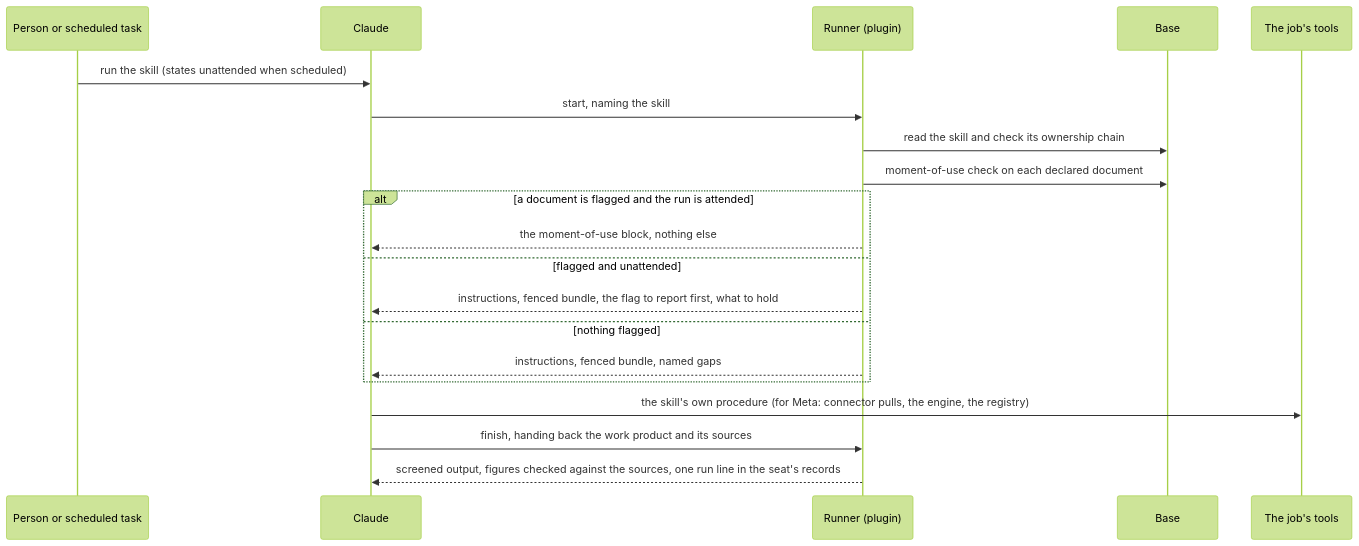
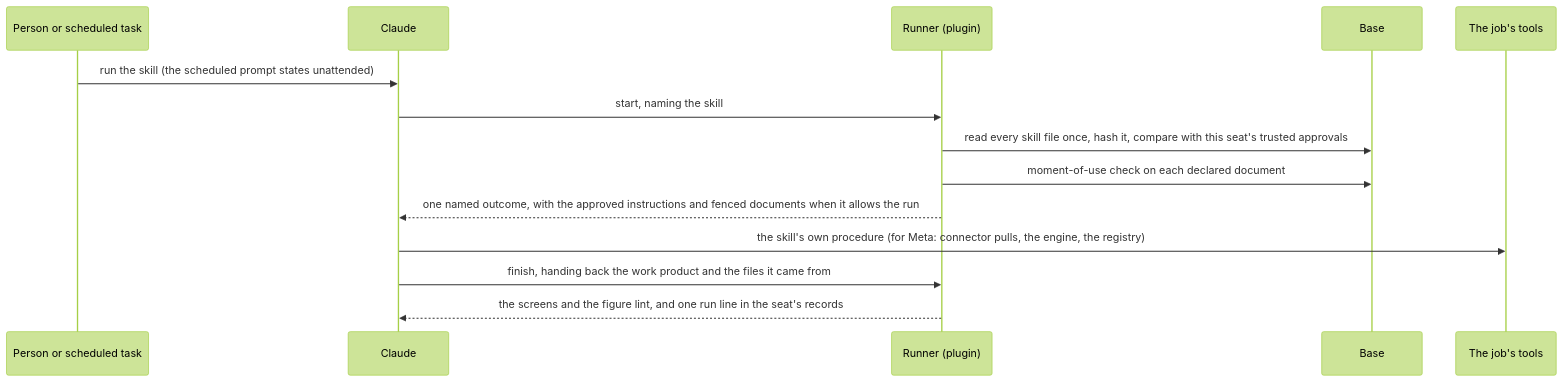
The second of 2 diagrams in docs/plans/2026-10-10-002-feat-plan-1-company-skills-and-meta-skill-plan.md (brandon-sellers13/gtm-base), drawn with Mermaid (forest theme) before and after one commit. The commit also changed other lines of this file and 2 other files, not shown here.

````diff
--- a/docs/plans/2026-10-10-002-feat-plan-1-company-skills-and-meta-skill-plan.md
+++ b/docs/plans/2026-10-10-002-feat-plan-1-company-skills-and-meta-skill-plan.md
@@ -251,22 +294,16 @@
 ```mermaid
 sequenceDiagram
     participant P as Person or scheduled task
     participant C as Claude
     participant R as Runner (plugin)
     participant B as Base
     participant T as The job's tools
-    P->>C: run the skill (states unattended when scheduled)
+    P->>C: run the skill (the scheduled prompt states unattended)
     C->>R: start, naming the skill
-    R->>B: read the skill and check its ownership chain
+    R->>B: read every skill file once, hash it, compare with this seat's trusted approvals
     R->>B: moment-of-use check on each declared document
-    alt a document is flagged and the run is attended
-        R-->>C: the moment-of-use block, nothing else
-    else flagged and unattended
-        R-->>C: instructions, fenced bundle, the flag to report first, what to hold
-    else nothing flagged
-        R-->>C: instructions, fenced bundle, named gaps
-    end
+    R-->>C: one named outcome, with the approved instructions and fenced documents when it allows the run
     C->>T: the skill's own procedure (for Meta: connector pulls, the engine, the registry)
-    C->>R: finish, handing back the work product and its sources
-    R-->>C: screened output, figures checked against the sources, one run line in the seat's records
+    C->>R: finish, handing back the work product and the files it came from
+    R-->>C: the screens and the figure lint, and one run line in the seat's records
 ```
````
